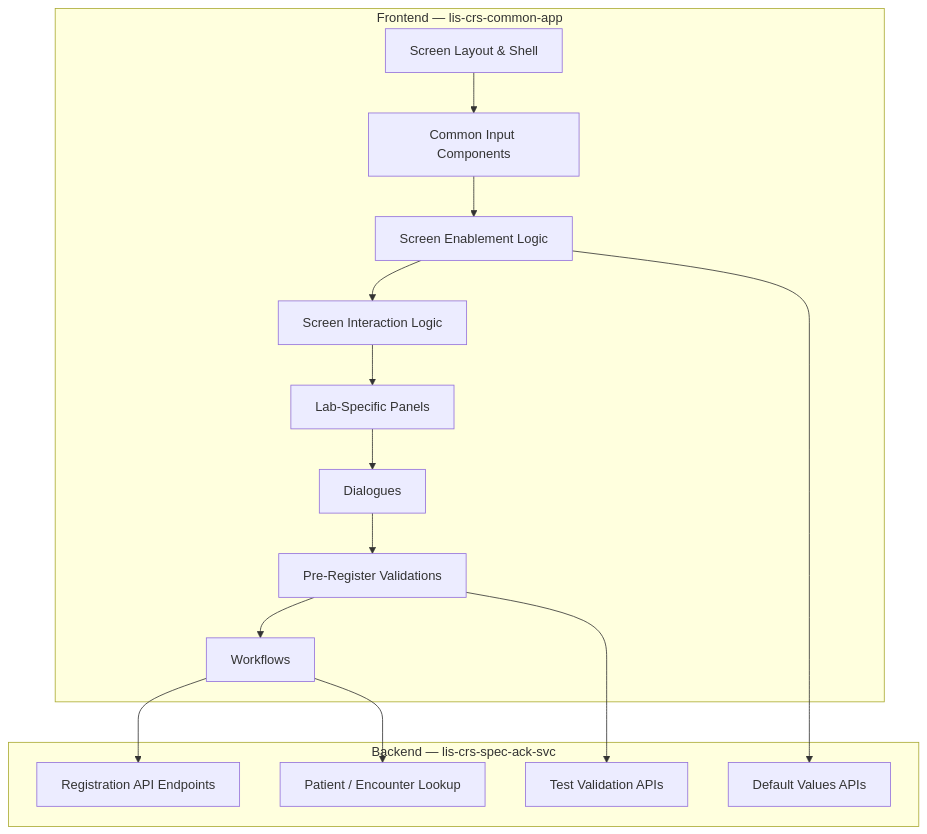
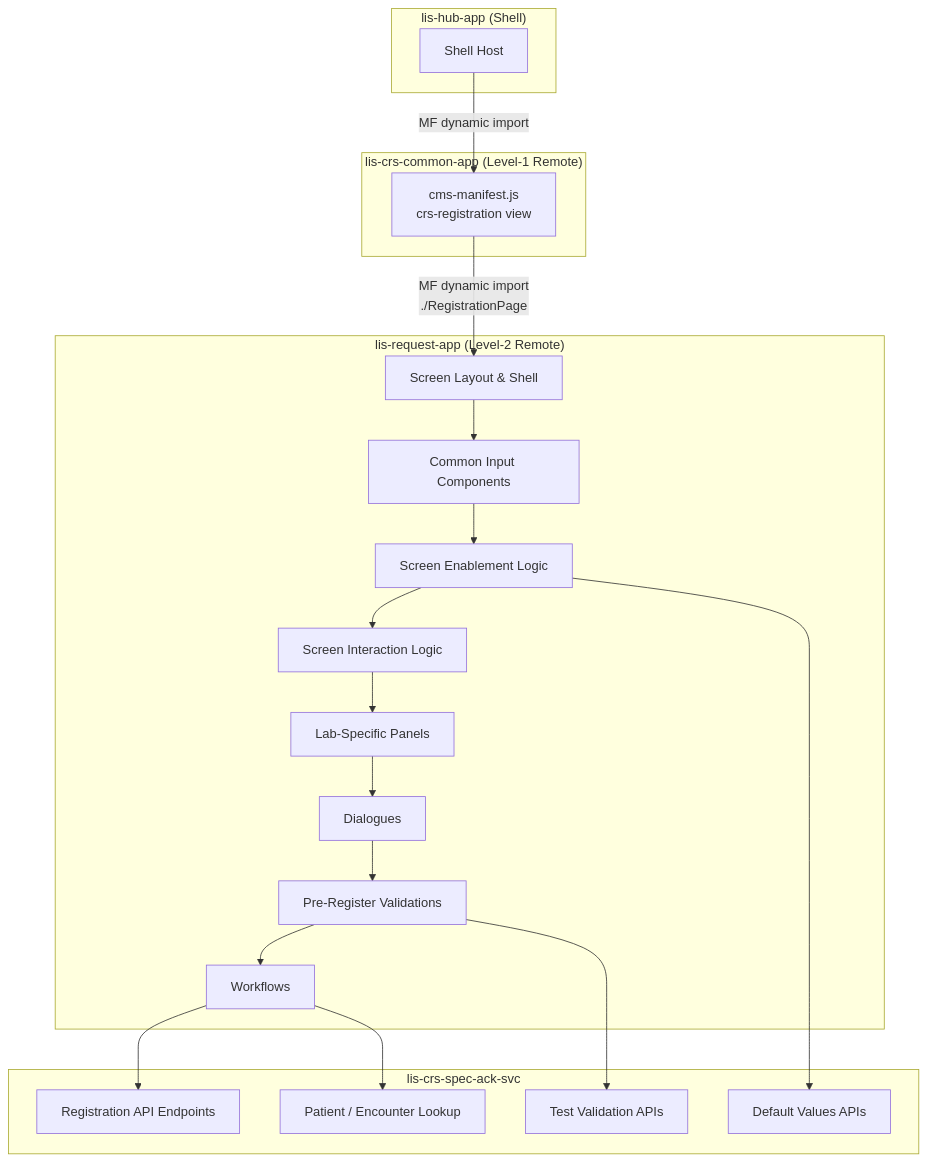
One commit to DragonChong/HA-Notes changed the diagram in CRS/Revamp/Registration Migration Plan.md. Above: the diagram before and after it, drawn with Mermaid. The commit also changed other lines of this file, not shown here.

First line of the commit message:
update Registration plan: target lis-request-app MFE

````diff
--- a/CRS/Revamp/Registration Migration Plan.md
+++ b/CRS/Revamp/Registration Migration Plan.md
@@ -67,27 +82,37 @@
 ```mermaid
 graph TD
-    subgraph "Frontend — lis-crs-common-app"
+    subgraph "lis-hub-app (Shell)"
+        Shell[Shell Host]
+    end
+
+    subgraph "lis-crs-common-app (Level-1 Remote)"
+        Manifest[cms-manifest.js\ncrs-registration view]
+    end
+
+    subgraph "lis-request-app (Level-2 Remote)"
         A[Screen Layout & Shell]
         B[Common Input Components]
         C[Screen Enablement Logic]
         D[Screen Interaction Logic]
         E[Lab-Specific Panels]
         F[Dialogues]
         G[Pre-Register Validations]
         H[Workflows]
     end
 
-    subgraph "Backend — lis-crs-spec-ack-svc"
+    subgraph "lis-crs-spec-ack-svc"
         I[Registration API Endpoints]
         J[Patient / Encounter Lookup]
         K[Test Validation APIs]
         L[Default Values APIs]
     end
 
+    Shell -->|"MF dynamic import"| Manifest
+    Manifest -->|"MF dynamic import\n./RegistrationPage"| A
     A --> B --> C --> D
     D --> E --> F --> G --> H
     H --> I
     H --> J
     G --> K
     C --> L
 ```
````
